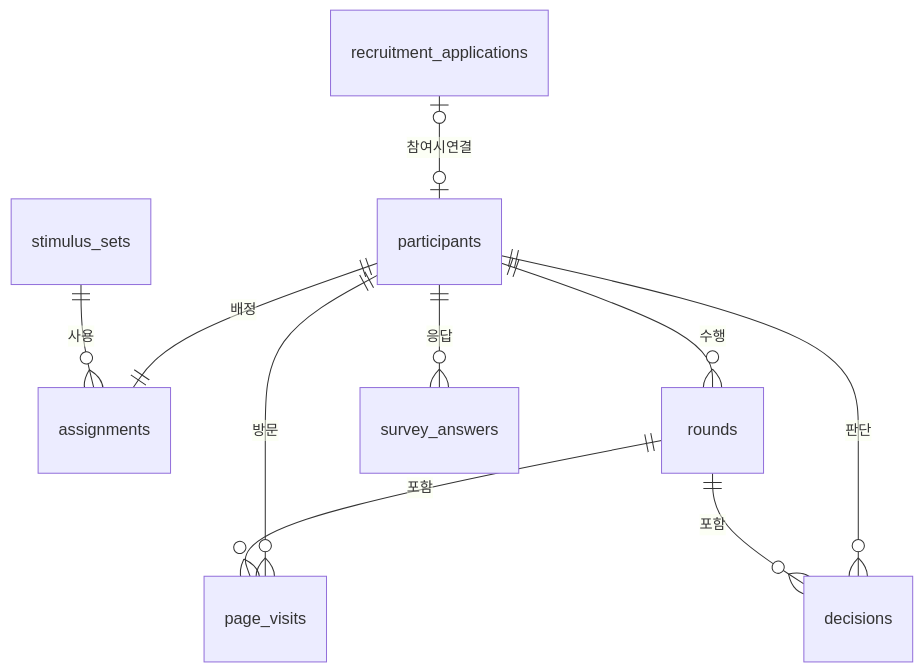
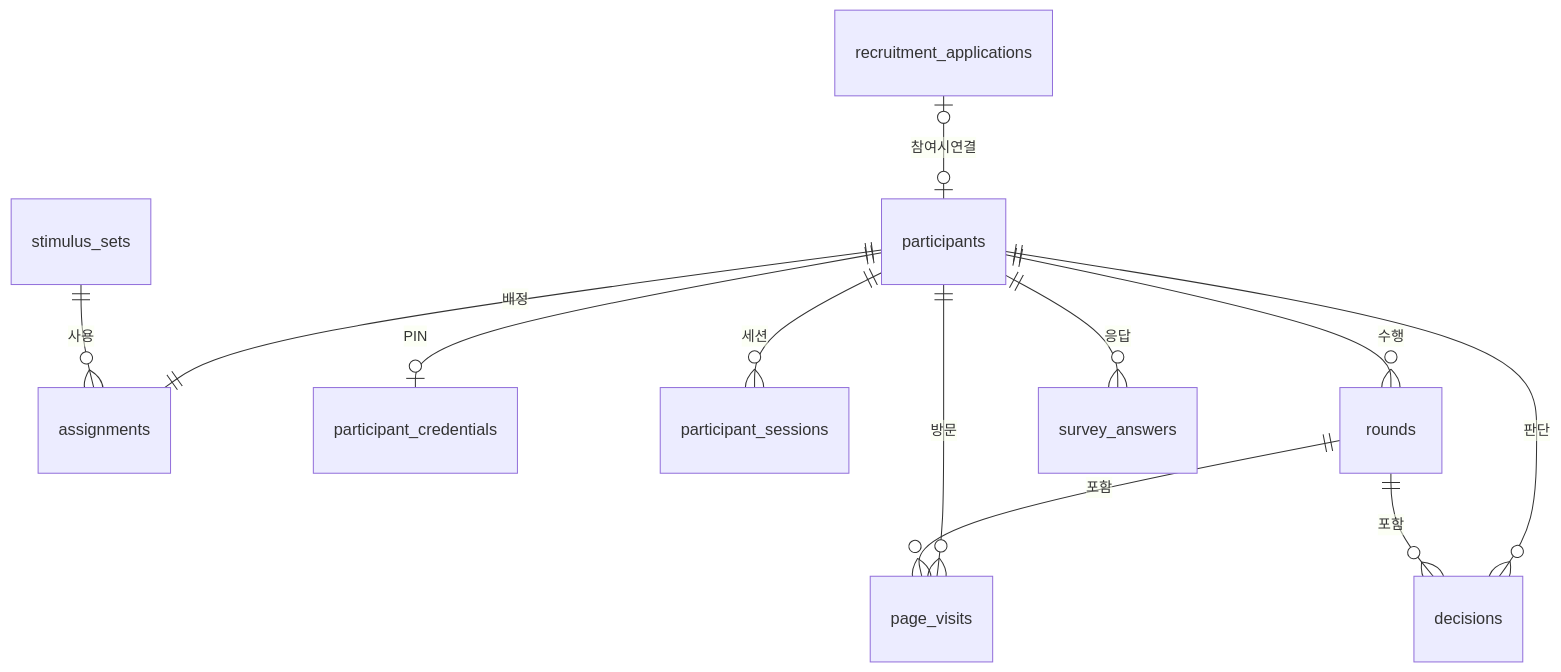
One commit to dev-yeinchoi/AURA changed the diagram in README.md. Above: the diagram before and after it, drawn with Mermaid. The commit also changed other lines of this file and 12 other files, not shown here.

First line of the commit message:
feat: add one-time PIN authentication for participants

````diff
--- a/README.md
+++ b/README.md
@@ -94,12 +107,14 @@
 ```mermaid
 erDiagram
   recruitment_applications o|--o| participants : 참여시연결
   participants ||--|| assignments : 배정
+  participants ||--o| participant_credentials : PIN
+  participants ||--o{ participant_sessions : 세션
   participants ||--o{ rounds : 수행
   participants ||--o{ page_visits : 방문
   participants ||--o{ survey_answers : 응답
   participants ||--o{ decisions : 판단
   stimulus_sets ||--o{ assignments : 사용
   rounds ||--o{ decisions : 포함
   rounds ||--o{ page_visits : 포함
 ```
````
